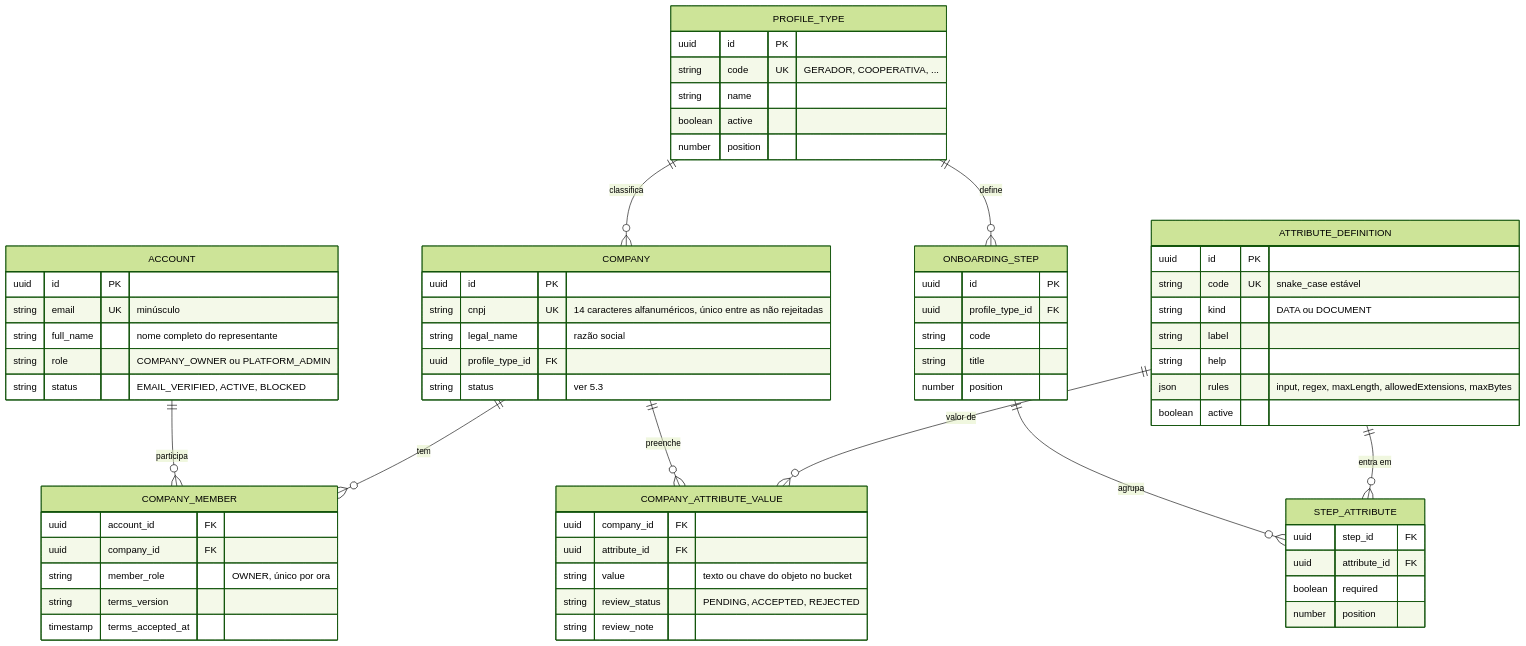
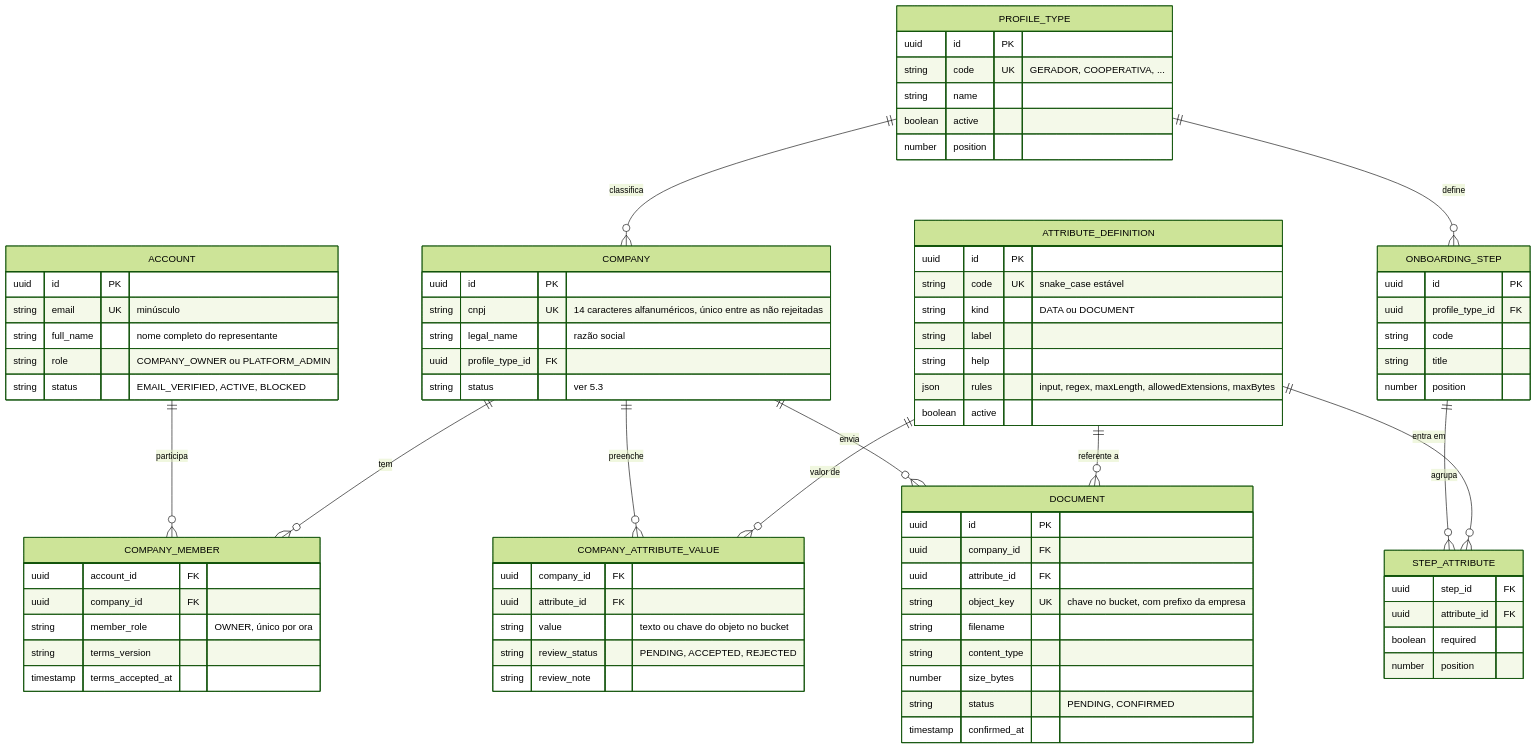
The eighth of 8 diagrams in docs/proposta-auth-onboarding.md (ECOLchain/ecolchain-management-api), drawn with Mermaid (forest theme) before and after one commit. The commit also changed other lines of this file and 3 other files, not shown here.

````diff
--- a/docs/proposta-auth-onboarding.md
+++ b/docs/proposta-auth-onboarding.md
@@ -312,69 +326,82 @@
 ```mermaid
 erDiagram
     ACCOUNT ||--o{ COMPANY_MEMBER : participa
     COMPANY ||--o{ COMPANY_MEMBER : tem
     PROFILE_TYPE ||--o{ COMPANY : classifica
     PROFILE_TYPE ||--o{ ONBOARDING_STEP : define
     ONBOARDING_STEP ||--o{ STEP_ATTRIBUTE : agrupa
     ATTRIBUTE_DEFINITION ||--o{ STEP_ATTRIBUTE : "entra em"
     COMPANY ||--o{ COMPANY_ATTRIBUTE_VALUE : preenche
     ATTRIBUTE_DEFINITION ||--o{ COMPANY_ATTRIBUTE_VALUE : "valor de"
+    COMPANY ||--o{ DOCUMENT : envia
+    ATTRIBUTE_DEFINITION ||--o{ DOCUMENT : "referente a"
 
     ACCOUNT {
         uuid id PK
         string email UK "minúsculo"
         string full_name "nome completo do representante"
         string role "COMPANY_OWNER ou PLATFORM_ADMIN"
         string status "EMAIL_VERIFIED, ACTIVE, BLOCKED"
     }
     COMPANY_MEMBER {
         uuid account_id FK
         uuid company_id FK
         string member_role "OWNER, único por ora"
         string terms_version
         timestamp terms_accepted_at
     }
     COMPANY {
         uuid id PK
         string cnpj UK "14 caracteres alfanuméricos, único entre as não rejeitadas"
         string legal_name "razão social"
         uuid profile_type_id FK
         string status "ver 5.3"
     }
     PROFILE_TYPE {
         uuid id PK
         string code UK "GERADOR, COOPERATIVA, ..."
         string name
         boolean active
         number position
     }
     ONBOARDING_STEP {
         uuid id PK
         uuid profile_type_id FK
         string code
         string title
         number position
     }
     ATTRIBUTE_DEFINITION {
         uuid id PK
         string code UK "snake_case estável"
         string kind "DATA ou DOCUMENT"
         string label
         string help
         json rules "input, regex, maxLength, allowedExtensions, maxBytes"
         boolean active
     }
     STEP_ATTRIBUTE {
         uuid step_id FK
         uuid attribute_id FK
         boolean required
         number position
     }
     COMPANY_ATTRIBUTE_VALUE {
         uuid company_id FK
         uuid attribute_id FK
         string value "texto ou chave do objeto no bucket"
         string review_status "PENDING, ACCEPTED, REJECTED"
         string review_note
     }
+    DOCUMENT {
+        uuid id PK
+        uuid company_id FK
+        uuid attribute_id FK
+        string object_key UK "chave no bucket, com prefixo da empresa"
+        string filename
+        string content_type
+        number size_bytes
+        string status "PENDING, CONFIRMED"
+        timestamp confirmed_at
+    }
 ```
````
